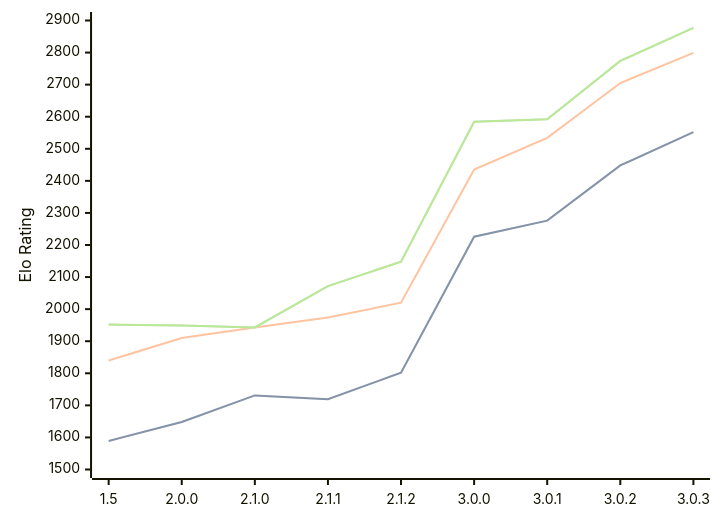
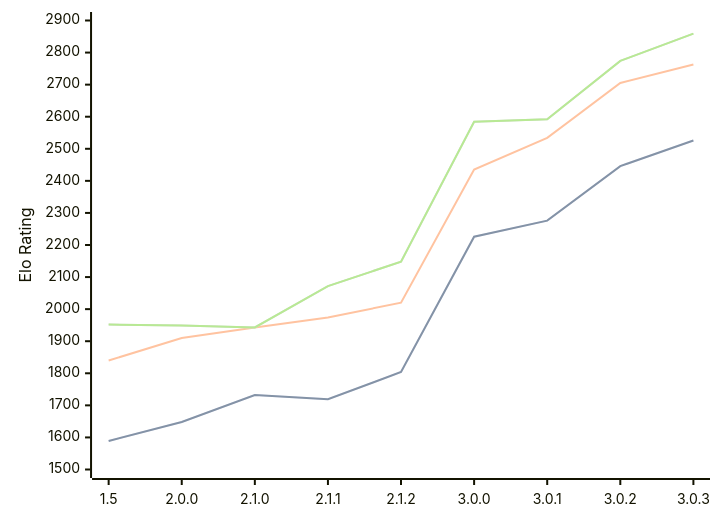
One commit to computer-chess-index/cci changed the third of 3 diagrams in engines/Rudim.md. Above: the diagram before and after it, drawn with Mermaid. The commit also changed other lines of this file, not shown here.

Commit message:
Update CCI Ratings (ELO VLTC) - 2026-06-21

````diff
--- a/engines/Rudim.md
+++ b/engines/Rudim.md
@@ -81,11 +83,11 @@
 ```mermaid
 %%{init: {"theme":"base","themeVariables":{"seriesColors:['#a3a3a3','#222221','#faa371']}}}%%
 xychart-beta
   x-axis ["1.5", "2.0.0", "2.1.0", "2.1.1", "2.1.2", "3.0.0", "3.0.1", "3.0.2", "3.0.3"]
   y-axis "Elo Rating" 1500 --> 2900
-  line "STC (8.0+0.08s)" [1589, 1648, 1731, 1719, 1802, 2226, 2276, 2448, 2552]
-  line "STC (8.0+0.08s)" [1589, 1648, 1731, 1719, 1802, 2226, 2276, 2448, 2552]
-  line "LTC (60.0+0.60s)" [1840, 1910, 1943, 1974, 2020, 2435, 2534, 2705, 2799]
-  line "VLTC (2m24s+1.12s)" [1952, 1949, 1943, 2072, 2148, 2584, 2592, 2774, 2877]
-  line "VLTC (2m24s+1.12s)" [1952, 1949, 1943, 2072, 2148, 2584, 2592, 2774, 2877]
+  line "STC (8.0+0.08s)" [1589, 1648, 1732, 1719, 1804, 2226, 2276, 2446, 2526]
+  line "STC (8.0+0.08s)" [1589, 1648, 1732, 1719, 1804, 2226, 2276, 2446, 2526]
+  line "LTC (60.0+0.60s)" [1840, 1910, 1943, 1974, 2020, 2435, 2534, 2705, 2763]
+  line "VLTC (2m24s+1.12s)" [1952, 1949, 1943, 2072, 2148, 2584, 2592, 2774, 2859]
+  line "VLTC (2m24s+1.12s)" [1952, 1949, 1943, 2072, 2148, 2584, 2592, 2774, 2859]
 ```
````
